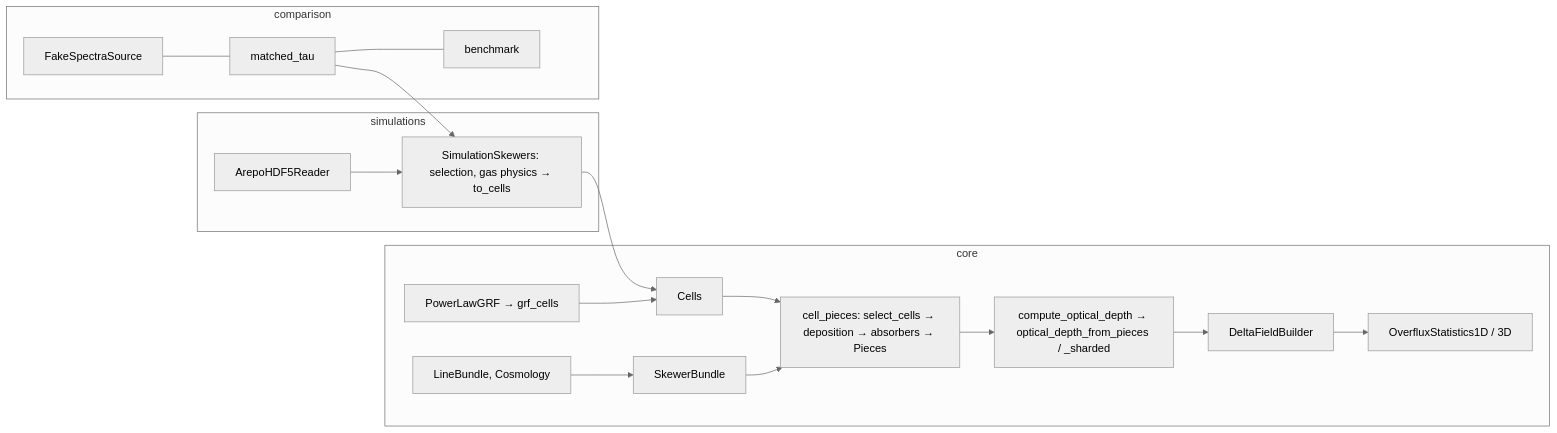
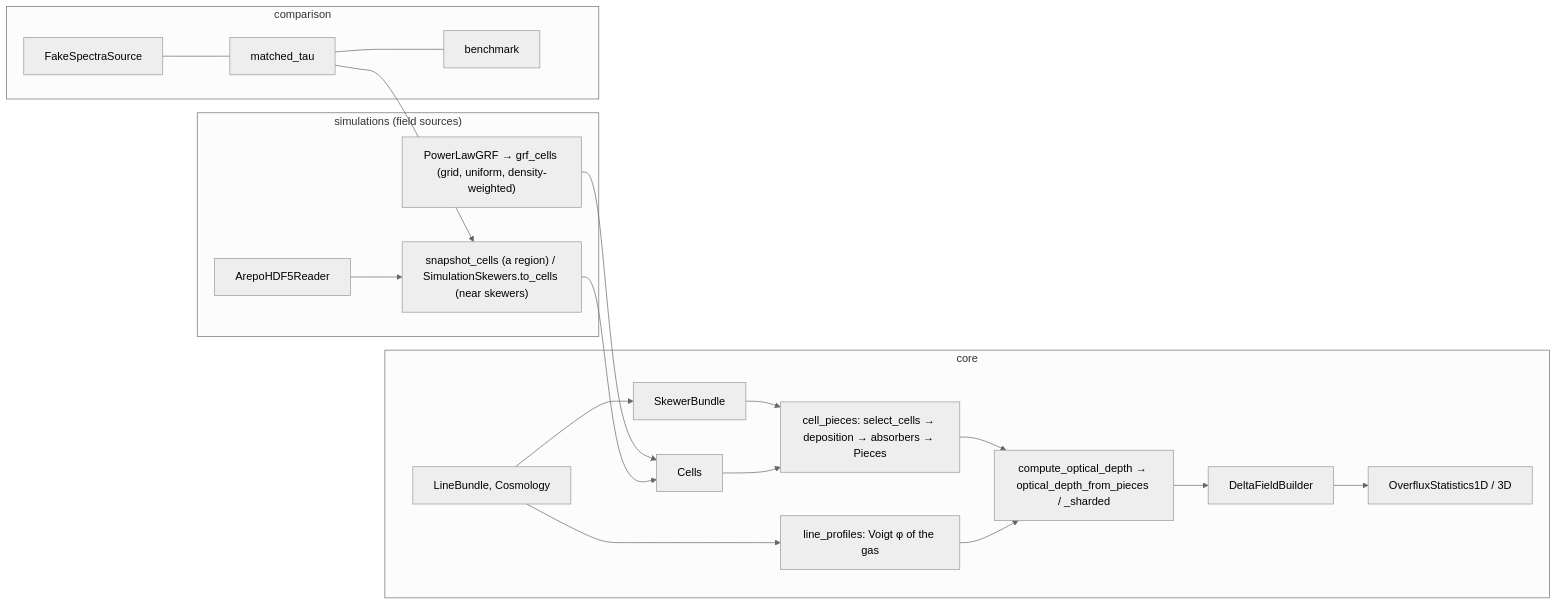
Before and after one commit to daniellopezcano/SkewerJAX: the diagram in docs/usage.md, drawn with Mermaid (neutral theme). The commit also changed other lines of this file and 33 other files, not shown here.

````diff
--- a/docs/usage.md
+++ b/docs/usage.md
@@ -7,19 +7,22 @@
 ```mermaid
 flowchart LR
     subgraph A["core"]
         L[LineBundle, Cosmology] --> S[SkewerBundle]
-        G["PowerLawGRF → grf_cells"] --> CE[Cells]
         S --> LS["cell_pieces: select_cells → deposition → absorbers → Pieces"]
-        CE --> LS
+        CE[Cells] --> LS
+        L --> LP["line_profiles: Voigt φ of the gas"]
         LS --> T["compute_optical_depth → optical_depth_from_pieces / _sharded"]
+        LP --> T
         T --> O[DeltaFieldBuilder] --> ST[OverfluxStatistics1D / 3D]
     end
-    subgraph B["simulations"]
-        R[ArepoHDF5Reader] --> SS["SimulationSkewers: selection, gas physics → to_cells"]
+    subgraph B["simulations (field sources)"]
+        G["PowerLawGRF → grf_cells (grid, uniform, density-weighted)"]
+        R[ArepoHDF5Reader] --> SC["snapshot_cells (a region) / SimulationSkewers.to_cells (near skewers)"]
     end
     subgraph C["comparison"]
         FS[FakeSpectraSource] --- MT[matched_tau] --- BM[benchmark]
     end
-    SS --> CE
-    MT --> SS
+    G --> CE
+    SC --> CE
+    MT --> SC
 ```
````
